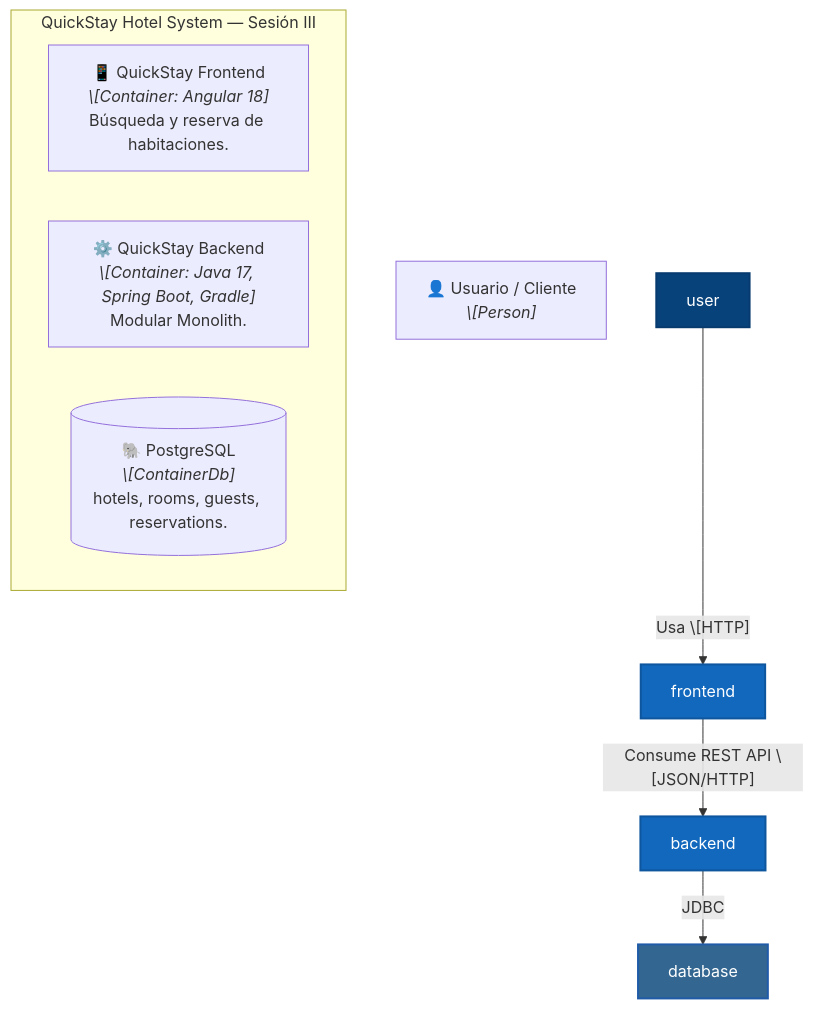
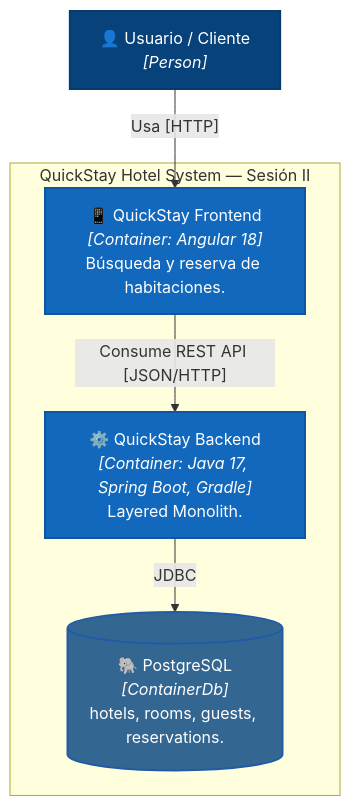
One commit to robertoq17/quickstay-hotel changed the second of 3 diagrams in README.md. Above: the diagram before and after it, drawn with Mermaid. The commit also changed other lines of this file, not shown here.

````diff
--- a/README.md
+++ b/README.md
@@ -184,22 +184,22 @@
 ```mermaid
 graph TD
-    user\["👤 Usuario / Cliente<br/><i>\[Person]</i>"]
+    user["👤 Usuario / Cliente<br/><i>[Person]</i>"]
 
-    subgraph SystemBoundary\["QuickStay Hotel System — Sesión III"]
-        frontend\["📱 QuickStay Frontend<br/><i>\[Container: Angular 18]</i><br/>Búsqueda y reserva de habitaciones."]
-        backend\["⚙️ QuickStay Backend<br/><i>\[Container: Java 17, Spring Boot, Gradle]</i><br/>Modular Monolith."]
-        database\[("🐘 PostgreSQL<br/><i>\[ContainerDb]</i><br/>hotels, rooms, guests, reservations.")]
+    subgraph SystemBoundary["QuickStay Hotel System — Sesión II"]
+        frontend["📱 QuickStay Frontend<br/><i>[Container: Angular 18]</i><br/>Búsqueda y reserva de habitaciones."]
+        backend["⚙️ QuickStay Backend<br/><i>[Container: Java 17, Spring Boot, Gradle]</i><br/>Layered Monolith."]
+        database[("🐘 PostgreSQL<br/><i>[ContainerDb]</i><br/>hotels, rooms, guests, reservations.")]
     end
 
-    user -->|"Usa \[HTTP]"| frontend
-    frontend -->|"Consume REST API \[JSON/HTTP]"| backend
+    user -->|"Usa [HTTP]"| frontend
+    frontend -->|"Consume REST API [JSON/HTTP]"| backend
     backend -->|"JDBC"| database
 
     classDef person fill:#08427b,color:#fff,stroke:#073b6f,stroke-width:2px;
     classDef container fill:#1168bd,color:#fff,stroke:#0e569e,stroke-width:2px;
     classDef db fill:#336791,color:#fff,stroke:#205ba8,stroke-width:2px;
 
     class user person;
     class frontend,backend container;
     class database db;
 ```
````
